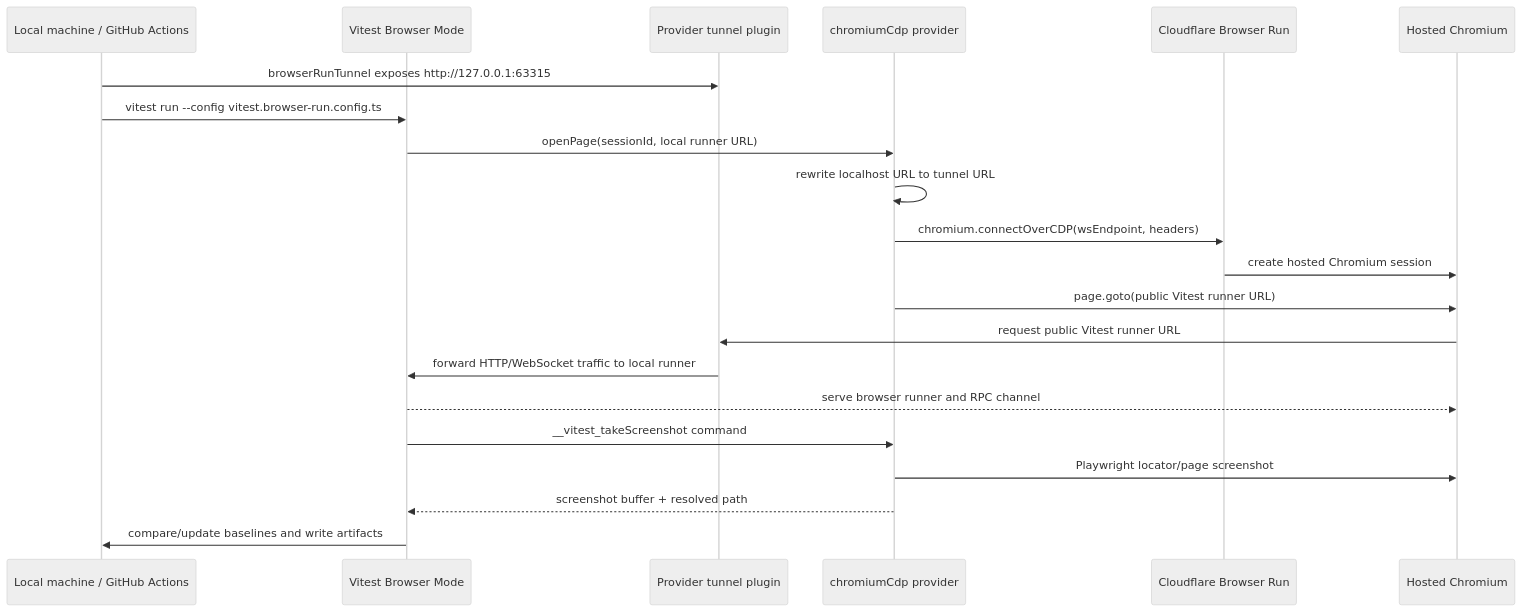
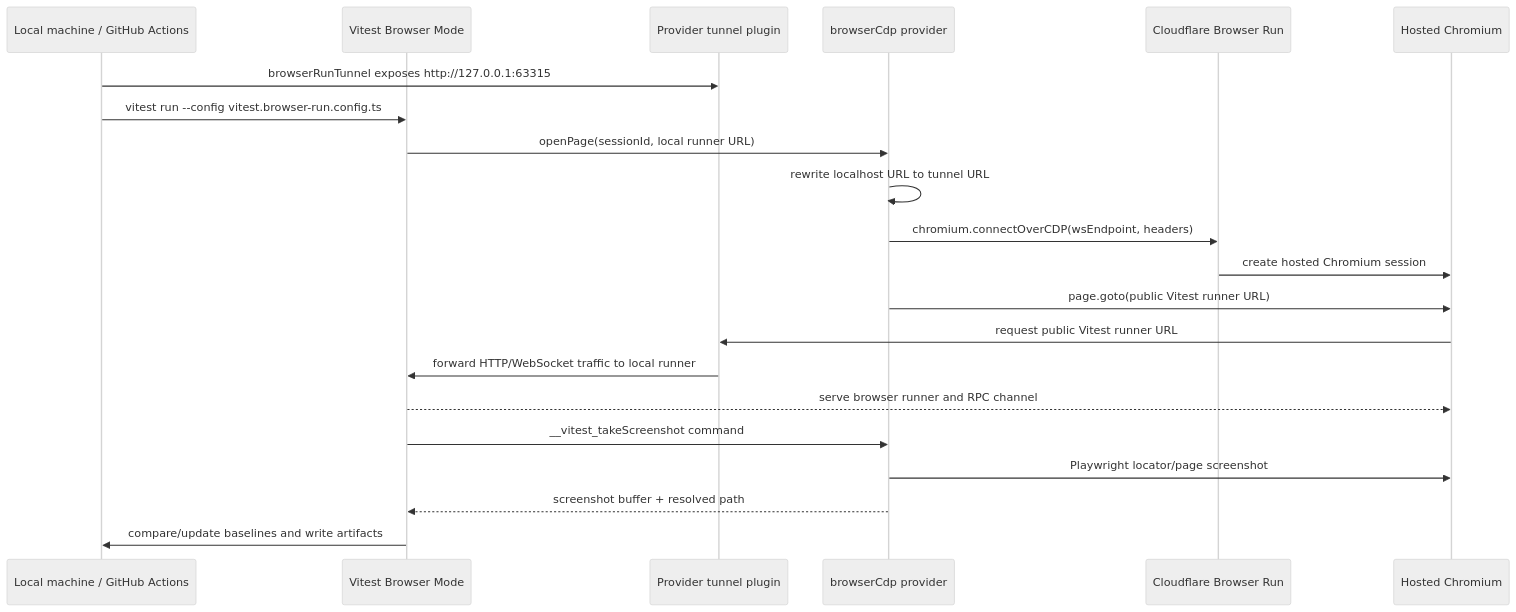
One commit to irvinebroque/vitest-browser-run changed the diagram in README.md. Above: the diagram before and after it, drawn with Mermaid (neutral theme). The commit also changed other lines of this file and 9 other files, not shown here.

Commit message:
Refactor Browser Run provider around CDP connector

````diff
--- a/README.md
+++ b/README.md
@@ -15,24 +15,24 @@
 ```mermaid
 sequenceDiagram
   participant CI as Local machine / GitHub Actions
   participant Vitest as Vitest Browser Mode
   participant Tunnel as Provider tunnel plugin
-  participant Provider as chromiumCdp provider
+  participant Provider as browserCdp provider
   participant BR as Cloudflare Browser Run
   participant Chrome as Hosted Chromium
 
   CI->>Tunnel: browserRunTunnel exposes http://127.0.0.1:63315
   CI->>Vitest: vitest run --config vitest.browser-run.config.ts
   Vitest->>Provider: openPage(sessionId, local runner URL)
   Provider->>Provider: rewrite localhost URL to tunnel URL
   Provider->>BR: chromium.connectOverCDP(wsEndpoint, headers)
   BR->>Chrome: create hosted Chromium session
   Provider->>Chrome: page.goto(public Vitest runner URL)
   Chrome->>Tunnel: request public Vitest runner URL
   Tunnel->>Vitest: forward HTTP/WebSocket traffic to local runner
   Vitest-->>Chrome: serve browser runner and RPC channel
   Vitest->>Provider: __vitest_takeScreenshot command
   Provider->>Chrome: Playwright locator/page screenshot
   Provider-->>Vitest: screenshot buffer + resolved path
   Vitest->>CI: compare/update baselines and write artifacts
 ```
````
